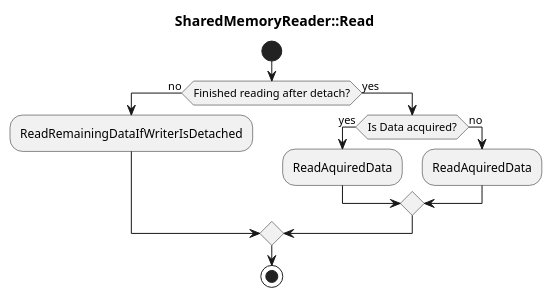
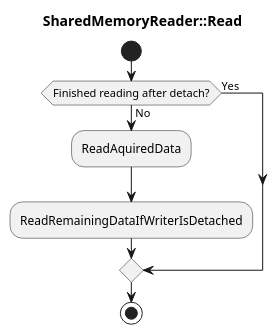
The first of 5 diagrams in design/shared_memory_reader_read.puml (eclipse-score/inc_mw_log), drawn with PlantUML before and after one commit. The commit also changed other lines of this file and 8 other files, not shown here.

Commit message:
Fixing some diagrams

```diff
--- a/design/shared_memory_reader_read.puml
+++ b/design/shared_memory_reader_read.puml
@@ -1,16 +1,12 @@
 @startuml SharedMemoryReader_Read
 title SharedMemoryReader::Read
 
 start
-if (Finished reading after detach?) then (no)
+if (Finished reading after detach?) then (No)
+  :ReadAquiredData;
   :ReadRemainingDataIfWriterIsDetached;
-else (yes)
-  if (Is Data acquired?) then (yes)
-    :ReadAquiredData;
-  else (no)
-    :ReadAquiredData;
-  endif
+else (Yes)
 endif
 stop
 
 @enduml
```
